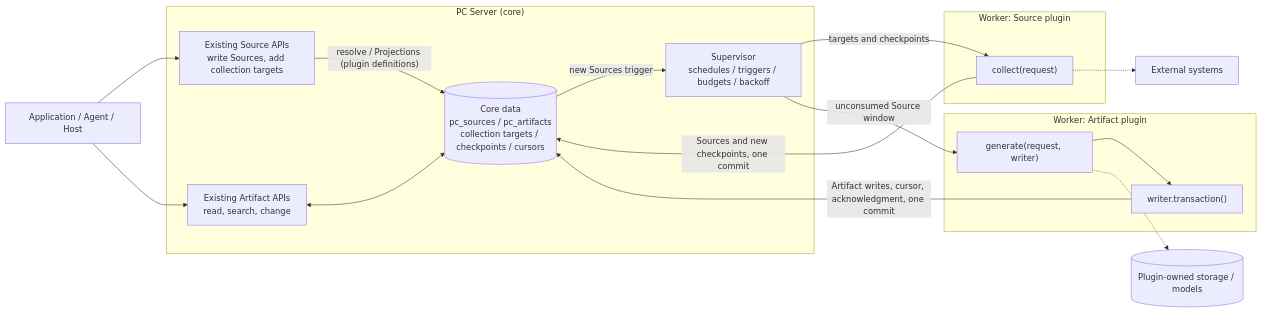
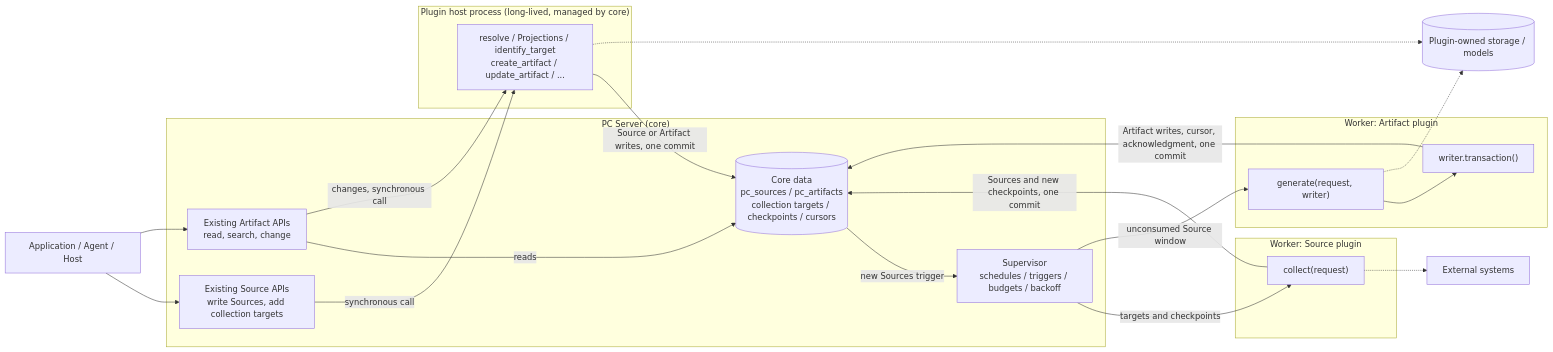
Before and after one commit to oceanbase/powercontext: the diagram in docs/en/rfcs/2549-plugin-interfaces.md, drawn with Mermaid. The commit also changed other lines of this file and 1 other file, not shown here.

Commit message:
docs(rfc): route user changes through plugin host processes and add edge collection

````diff
--- a/docs/en/rfcs/2549-plugin-interfaces.md
+++ b/docs/en/rfcs/2549-plugin-interfaces.md
@@ -90,29 +108,35 @@
 ```mermaid
 flowchart LR
     Caller["Application / Agent / Host"]
     subgraph Server["PC Server (core)"]
         SourceAPI["Existing Source APIs<br/>write Sources, add collection targets"]
         ArtifactAPI["Existing Artifact APIs<br/>read, search, change"]
         Sup["Supervisor<br/>schedules / triggers / budgets / backoff"]
         Core[("Core data<br/>pc_sources / pc_artifacts<br/>collection targets / checkpoints / cursors")]
+    end
+    subgraph Host["Plugin host process (long-lived, managed by core)"]
+        Sync["resolve / Projections / identify_target<br/>create_artifact / update_artifact / ..."]
     end
     subgraph SW["Worker: Source plugin"]
         Collect["collect(request)"]
     end
     subgraph AW["Worker: Artifact plugin"]
         Generate["generate(request, writer)"]
         Tx["writer.transaction()"]
         Generate --> Tx
     end
     Caller --> SourceAPI
     Caller --> ArtifactAPI
-    SourceAPI -->|"resolve / Projections (plugin definitions)"| Core
-    ArtifactAPI <--> Core
+    SourceAPI -->|"synchronous call"| Sync
+    ArtifactAPI -->|"reads"| Core
+    ArtifactAPI -->|"changes, synchronous call"| Sync
+    Sync -->|"Source or Artifact writes, one commit"| Core
+    Sync -.-> Own
     Sup -->|"targets and checkpoints"| Collect
     Collect -->|"Sources and new checkpoints, one commit"| Core
     Core -->|"new Sources trigger"| Sup
     Sup -->|"unconsumed Source window"| Generate
     Tx -->|"Artifact writes, cursor, acknowledgment, one commit"| Core
     Collect -.-> Ext["External systems"]
     Generate -.-> Own[("Plugin-owned storage / models")]
 ```
````
